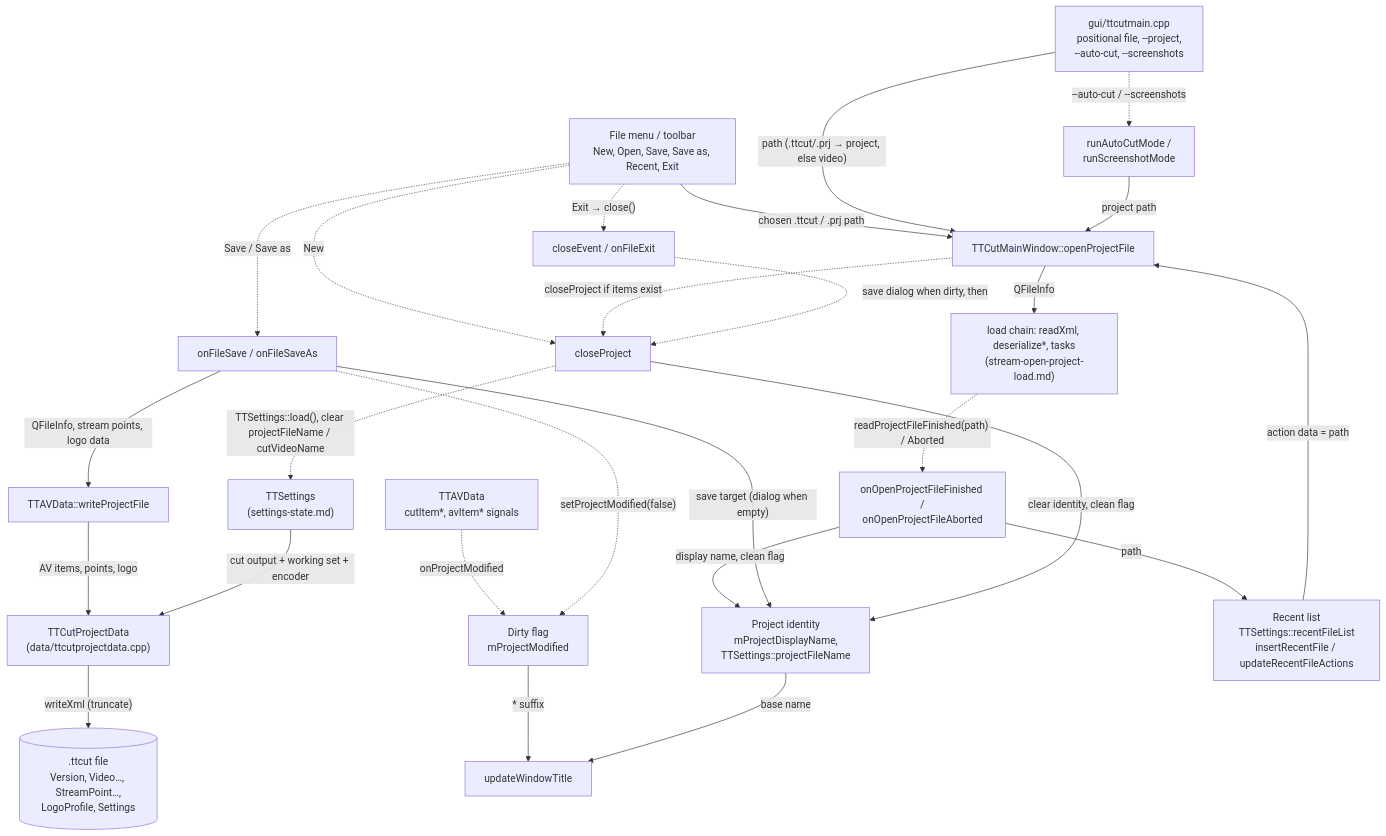
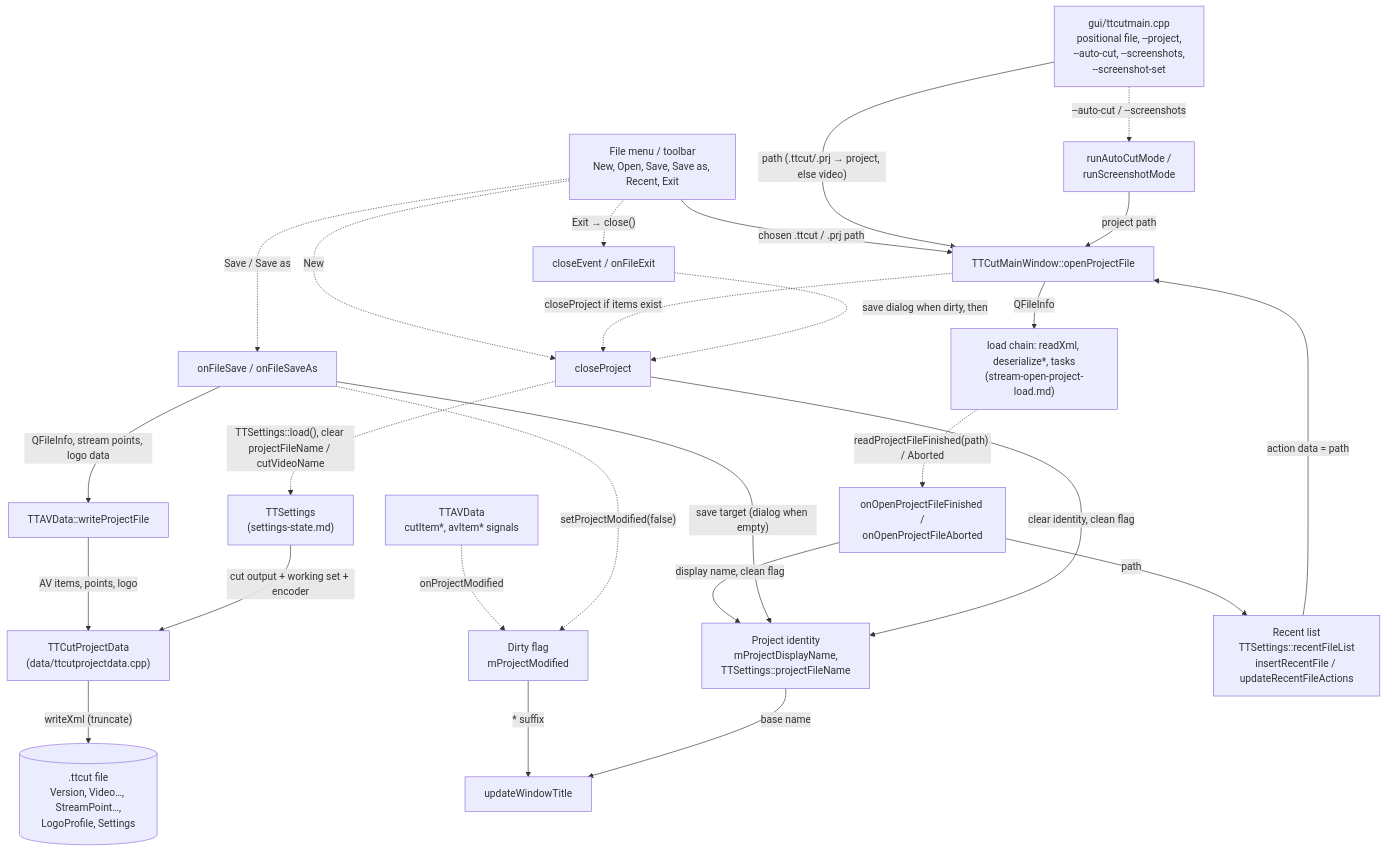
One commit to MINIXJR/TTCut-ng changed the diagram in docs/code-map/project-lifecycle.md. Above: the diagram before and after it, drawn with Mermaid. The commit also changed other lines of this file and 32 other files, not shown here.

````diff
--- a/docs/code-map/project-lifecycle.md
+++ b/docs/code-map/project-lifecycle.md
@@ -36,47 +36,47 @@
 ```mermaid
 flowchart TD
     MENU["File menu / toolbar<br/>New, Open, Save, Save as, Recent, Exit"]
-    CLI["gui/ttcutmain.cpp<br/>positional file, --project,<br/>--auto-cut, --screenshots"]
+    CLI["gui/ttcutmain.cpp<br/>positional file, --project,<br/>--auto-cut, --screenshots,<br/>--screenshot-set"]
     HEADLESS["runAutoCutMode /<br/>runScreenshotMode"]
     OPEN["TTCutMainWindow::openProjectFile"]
     LOAD["load chain: readXml, deserialize*, tasks<br/>(stream-open-project-load.md)"]
     FIN["onOpenProjectFileFinished /<br/>onOpenProjectFileAborted"]
     IDENT["Project identity<br/>mProjectDisplayName,<br/>TTSettings::projectFileName"]
     DIRTY["Dirty flag<br/>mProjectModified"]
     SIGS["TTAVData<br/>cutItem*, avItem* signals"]
     TITLE["updateWindowTitle"]
     SAVE["onFileSave / onFileSaveAs"]
     WRITE["TTAVData::writeProjectFile"]
     PRJ["TTCutProjectData<br/>(data/ttcutprojectdata.cpp)"]
     FILE[(".ttcut file<br/>Version, Video…, StreamPoint…,<br/>LogoProfile, Settings")]
     RECENT["Recent list<br/>TTSettings::recentFileList<br/>insertRecentFile / updateRecentFileActions"]
     CLOSE["closeProject"]
     EXIT["closeEvent / onFileExit"]
     SETTINGS["TTSettings<br/>(settings-state.md)"]
 
     MENU -. "New" .-> CLOSE
     MENU -- "chosen .ttcut / .prj path" --> OPEN
     RECENT -- "action data = path" --> OPEN
     CLI -- "path (.ttcut/.prj → project, else video)" --> OPEN
     CLI -. "--auto-cut / --screenshots" .-> HEADLESS
     HEADLESS -- "project path" --> OPEN
     OPEN -. "closeProject if items exist" .-> CLOSE
     OPEN -- "QFileInfo" --> LOAD
     LOAD -. "readProjectFileFinished(path) / Aborted" .-> FIN
     FIN -- "display name, clean flag" --> IDENT
     FIN -- "path" --> RECENT
     SIGS -. "onProjectModified" .-> DIRTY
     DIRTY -- "* suffix" --> TITLE
     IDENT -- "base name" --> TITLE
     MENU -. "Save / Save as" .-> SAVE
     SAVE -- "save target (dialog when empty)" --> IDENT
     SAVE -- "QFileInfo, stream points, logo data" --> WRITE
     WRITE -- "AV items, points, logo" --> PRJ
     SETTINGS -- "cut output + working set + encoder" --> PRJ
     PRJ -- "writeXml (truncate)" --> FILE
     SAVE -. "setProjectModified(false)" .-> DIRTY
     MENU -. "Exit → close()" .-> EXIT
     EXIT -. "save dialog when dirty, then" .-> CLOSE
     CLOSE -- "clear identity, clean flag" --> IDENT
     CLOSE -. "TTSettings::load(), clear projectFileName / cutVideoName" .-> SETTINGS
 ```
````
